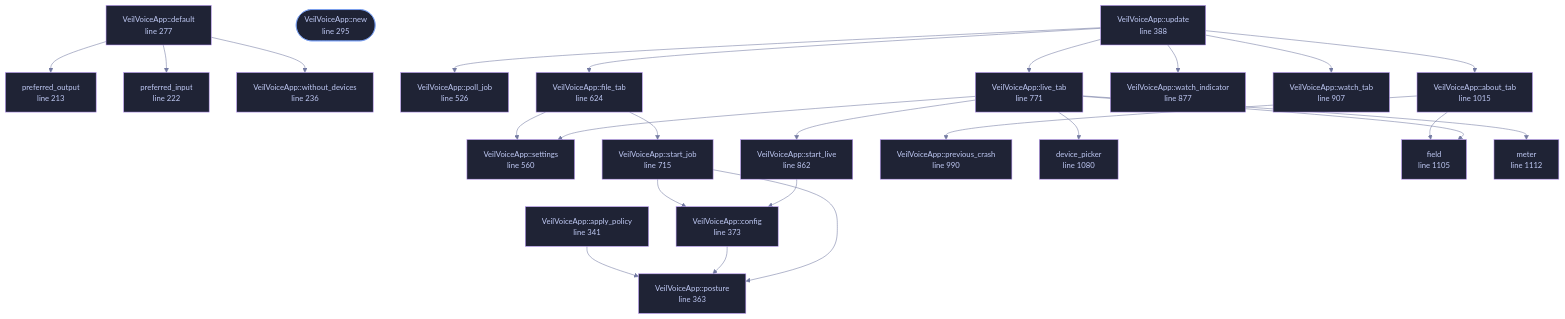
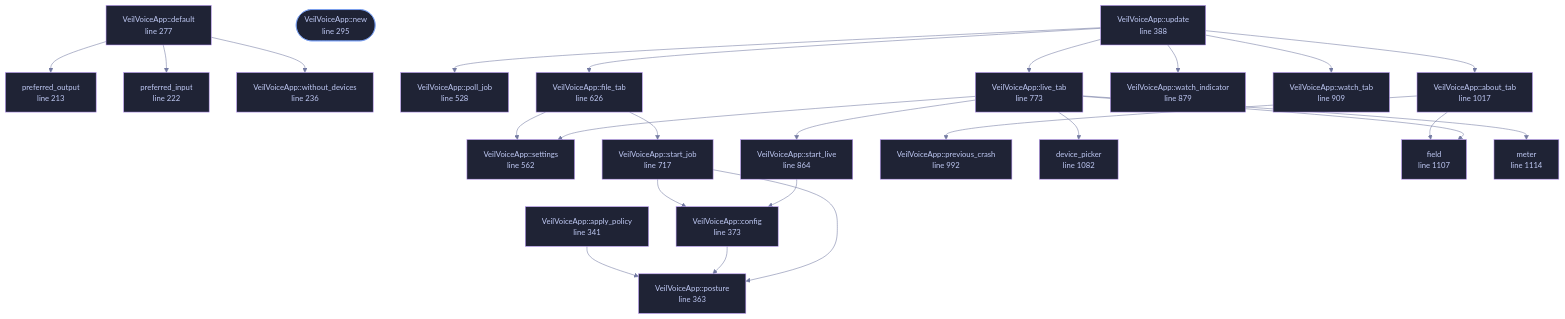
One commit to tilas01/veilvoice changed the diagram in wiki/File-veilvoice-gui-app.md. Above: the diagram before and after it, drawn with Mermaid. The commit also changed other lines of this file and 44 other files, not shown here.

First line of the commit message:
group: the tab renders, and its names cannot land in a wrong voice

````diff
--- a/wiki/File-veilvoice-gui-app.md
+++ b/wiki/File-veilvoice-gui-app.md
@@ -147,75 +147,75 @@
 ```mermaid
 %%{init: {"theme":"base","themeVariables":{"background":"#1a1b26","primaryColor":"#1f2335","primaryTextColor":"#c0caf5","primaryBorderColor":"#7aa2f7","secondaryColor":"#16161e","tertiaryColor":"#16161e","lineColor":"#737aa2","textColor":"#c0caf5","mainBkg":"#1f2335","nodeBorder":"#7aa2f7","clusterBkg":"#16161e","clusterBorder":"#2f3549","fontFamily":"ui-monospace, SFMono-Regular, Consolas, monospace","fontSize":"14px"}}}%%
 flowchart TD
     n_preferred_output["preferred_output<br/>line 213"]
     n_preferred_input["preferred_input<br/>line 222"]
     n_without_devices["VeilVoiceApp::without_devices<br/>line 236"]
     n_default["VeilVoiceApp::default<br/>line 277"]
     n_new(["VeilVoiceApp::new<br/>line 295"])
     n_apply_policy["VeilVoiceApp::apply_policy<br/>line 341"]
     n_posture["VeilVoiceApp::posture<br/>line 363"]
     n_config["VeilVoiceApp::config<br/>line 373"]
     n_update["VeilVoiceApp::update<br/>line 388"]
-    n_poll_job["VeilVoiceApp::poll_job<br/>line 526"]
-    n_settings["VeilVoiceApp::settings<br/>line 560"]
-    n_file_tab["VeilVoiceApp::file_tab<br/>line 624"]
-    n_start_job["VeilVoiceApp::start_job<br/>line 715"]
-    n_live_tab["VeilVoiceApp::live_tab<br/>line 771"]
-    n_start_live["VeilVoiceApp::start_live<br/>line 862"]
-    n_watch_indicator["VeilVoiceApp::watch_indicator<br/>line 877"]
-    n_watch_tab["VeilVoiceApp::watch_tab<br/>line 907"]
-    n_previous_crash["VeilVoiceApp::previous_crash<br/>line 990"]
-    n_about_tab["VeilVoiceApp::about_tab<br/>line 1015"]
-    n_device_picker["device_picker<br/>line 1080"]
-    n_field["field<br/>line 1105"]
-    n_meter["meter<br/>line 1112"]
+    n_poll_job["VeilVoiceApp::poll_job<br/>line 528"]
+    n_settings["VeilVoiceApp::settings<br/>line 562"]
+    n_file_tab["VeilVoiceApp::file_tab<br/>line 626"]
+    n_start_job["VeilVoiceApp::start_job<br/>line 717"]
+    n_live_tab["VeilVoiceApp::live_tab<br/>line 773"]
+    n_start_live["VeilVoiceApp::start_live<br/>line 864"]
+    n_watch_indicator["VeilVoiceApp::watch_indicator<br/>line 879"]
+    n_watch_tab["VeilVoiceApp::watch_tab<br/>line 909"]
+    n_previous_crash["VeilVoiceApp::previous_crash<br/>line 992"]
+    n_about_tab["VeilVoiceApp::about_tab<br/>line 1017"]
+    n_device_picker["device_picker<br/>line 1082"]
+    n_field["field<br/>line 1107"]
+    n_meter["meter<br/>line 1114"]
     n_about_tab --> n_field
     n_about_tab --> n_previous_crash
     n_apply_policy --> n_posture
     n_config --> n_posture
     n_default --> n_preferred_input
     n_default --> n_preferred_output
     n_default --> n_without_devices
     n_file_tab --> n_settings
     n_file_tab --> n_start_job
     n_live_tab --> n_device_picker
     n_live_tab --> n_field
     n_live_tab --> n_meter
     n_live_tab --> n_settings
     n_live_tab --> n_start_live
     n_start_job --> n_config
     n_start_job --> n_posture
     n_start_live --> n_config
     n_update --> n_about_tab
     n_update --> n_file_tab
     n_update --> n_live_tab
     n_update --> n_poll_job
     n_update --> n_watch_indicator
     n_update --> n_watch_tab
     click n_preferred_output href "https://github.com/tilas01/veilvoice/blob/main/crates/veilvoice-gui/src/app.rs#L213" "open the source"
     click n_preferred_input href "https://github.com/tilas01/veilvoice/blob/main/crates/veilvoice-gui/src/app.rs#L222" "open the source"
     click n_without_devices href "https://github.com/tilas01/veilvoice/blob/main/crates/veilvoice-gui/src/app.rs#L236" "open the source"
     click n_default href "https://github.com/tilas01/veilvoice/blob/main/crates/veilvoice-gui/src/app.rs#L277" "open the source"
     click n_new href "https://github.com/tilas01/veilvoice/blob/main/crates/veilvoice-gui/src/app.rs#L295" "open the source"
     click n_apply_policy href "https://github.com/tilas01/veilvoice/blob/main/crates/veilvoice-gui/src/app.rs#L341" "open the source"
     click n_posture href "https://github.com/tilas01/veilvoice/blob/main/crates/veilvoice-gui/src/app.rs#L363" "open the source"
     click n_config href "https://github.com/tilas01/veilvoice/blob/main/crates/veilvoice-gui/src/app.rs#L373" "open the source"
     click n_update href "https://github.com/tilas01/veilvoice/blob/main/crates/veilvoice-gui/src/app.rs#L388" "open the source"
-    click n_poll_job href "https://github.com/tilas01/veilvoice/blob/main/crates/veilvoice-gui/src/app.rs#L526" "open the source"
-    click n_settings href "https://github.com/tilas01/veilvoice/blob/main/crates/veilvoice-gui/src/app.rs#L560" "open the source"
-    click n_file_tab href "https://github.com/tilas01/veilvoice/blob/main/crates/veilvoice-gui/src/app.rs#L624" "open the source"
-    click n_start_job href "https://github.com/tilas01/veilvoice/blob/main/crates/veilvoice-gui/src/app.rs#L715" "open the source"
-    click n_live_tab href "https://github.com/tilas01/veilvoice/blob/main/crates/veilvoice-gui/src/app.rs#L771" "open the source"
-    click n_start_live href "https://github.com/tilas01/veilvoice/blob/main/crates/veilvoice-gui/src/app.rs#L862" "open the source"
-    click n_watch_indicator href "https://github.com/tilas01/veilvoice/blob/main/crates/veilvoice-gui/src/app.rs#L877" "open the source"
-    click n_watch_tab href "https://github.com/tilas01/veilvoice/blob/main/crates/veilvoice-gui/src/app.rs#L907" "open the source"
-    click n_previous_crash href "https://github.com/tilas01/veilvoice/blob/main/crates/veilvoice-gui/src/app.rs#L990" "open the source"
-    click n_about_tab href "https://github.com/tilas01/veilvoice/blob/main/crates/veilvoice-gui/src/app.rs#L1015" "open the source"
-    click n_device_picker href "https://github.com/tilas01/veilvoice/blob/main/crates/veilvoice-gui/src/app.rs#L1080" "open the source"
-    click n_field href "https://github.com/tilas01/veilvoice/blob/main/crates/veilvoice-gui/src/app.rs#L1105" "open the source"
-    click n_meter href "https://github.com/tilas01/veilvoice/blob/main/crates/veilvoice-gui/src/app.rs#L1112" "open the source"
+    click n_poll_job href "https://github.com/tilas01/veilvoice/blob/main/crates/veilvoice-gui/src/app.rs#L528" "open the source"
+    click n_settings href "https://github.com/tilas01/veilvoice/blob/main/crates/veilvoice-gui/src/app.rs#L562" "open the source"
+    click n_file_tab href "https://github.com/tilas01/veilvoice/blob/main/crates/veilvoice-gui/src/app.rs#L626" "open the source"
+    click n_start_job href "https://github.com/tilas01/veilvoice/blob/main/crates/veilvoice-gui/src/app.rs#L717" "open the source"
+    click n_live_tab href "https://github.com/tilas01/veilvoice/blob/main/crates/veilvoice-gui/src/app.rs#L773" "open the source"
+    click n_start_live href "https://github.com/tilas01/veilvoice/blob/main/crates/veilvoice-gui/src/app.rs#L864" "open the source"
+    click n_watch_indicator href "https://github.com/tilas01/veilvoice/blob/main/crates/veilvoice-gui/src/app.rs#L879" "open the source"
+    click n_watch_tab href "https://github.com/tilas01/veilvoice/blob/main/crates/veilvoice-gui/src/app.rs#L909" "open the source"
+    click n_previous_crash href "https://github.com/tilas01/veilvoice/blob/main/crates/veilvoice-gui/src/app.rs#L992" "open the source"
+    click n_about_tab href "https://github.com/tilas01/veilvoice/blob/main/crates/veilvoice-gui/src/app.rs#L1017" "open the source"
+    click n_device_picker href "https://github.com/tilas01/veilvoice/blob/main/crates/veilvoice-gui/src/app.rs#L1082" "open the source"
+    click n_field href "https://github.com/tilas01/veilvoice/blob/main/crates/veilvoice-gui/src/app.rs#L1107" "open the source"
+    click n_meter href "https://github.com/tilas01/veilvoice/blob/main/crates/veilvoice-gui/src/app.rs#L1114" "open the source"
     classDef entry fill:#1f2335,stroke:#7aa2f7,color:#c0caf5
     class n_new entry
     classDef helper fill:#1f2335,stroke:#bb9af7,color:#c0caf5
     class n_preferred_output,n_preferred_input,n_without_devices,n_default,n_apply_policy,n_posture,n_config,n_update,n_poll_job,n_settings,n_file_tab,n_start_job,n_live_tab,n_start_live,n_watch_indicator,n_watch_tab,n_previous_crash,n_about_tab,n_device_picker,n_field,n_meter helper
 ```
````
